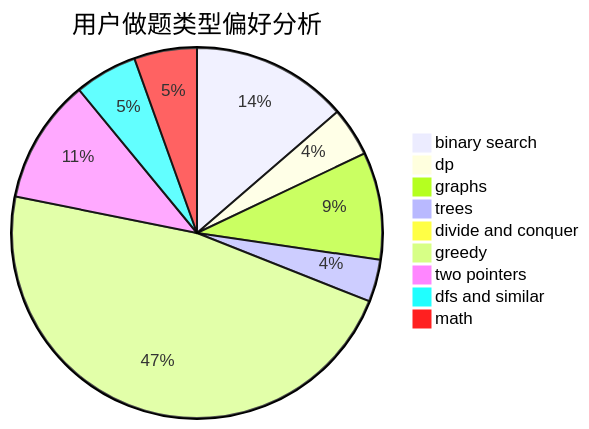
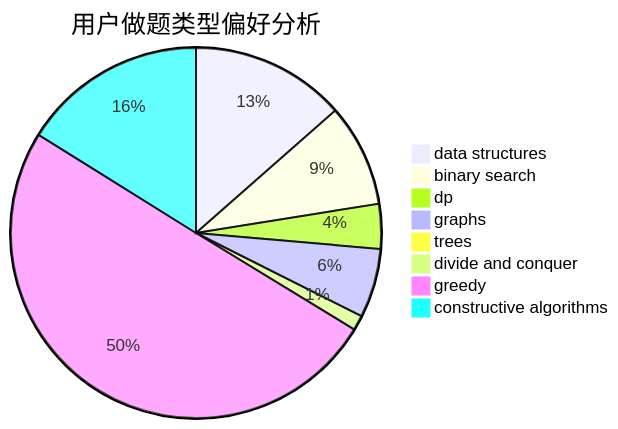
One commit to sherpahu/cfrs.github.io changed the second of 3 diagrams in docs/user/u628.md. Above: the diagram before and after it, drawn with Mermaid. The commit also changed other lines of this file and 2775 other files, not shown here.

````diff
--- a/docs/user/u628.md
+++ b/docs/user/u628.md
@@ -23,12 +23,11 @@
 ```mermaid
 pie title 用户做题类型偏好分析
-    "binary search" :  137
-    "dp" :  43
-    "graphs" :  94
-    "trees" :  37
+    "data structures" :  83
+    "binary search" :  55
+    "dp" :  24
+    "graphs" :  37
+    "trees" :  2
     "divide and conquer" :  8
-    "greedy" :  473
-    "two pointers" :  109
-    "dfs and similar" :  55
-    "math" :  55
+    "greedy" :  308
+    "constructive algorithms" :  99
 ```
````
